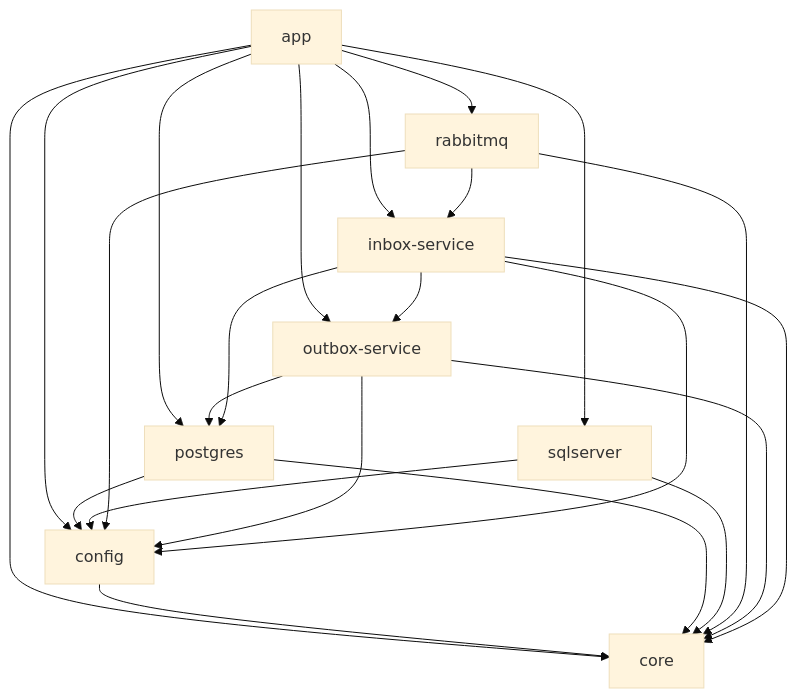
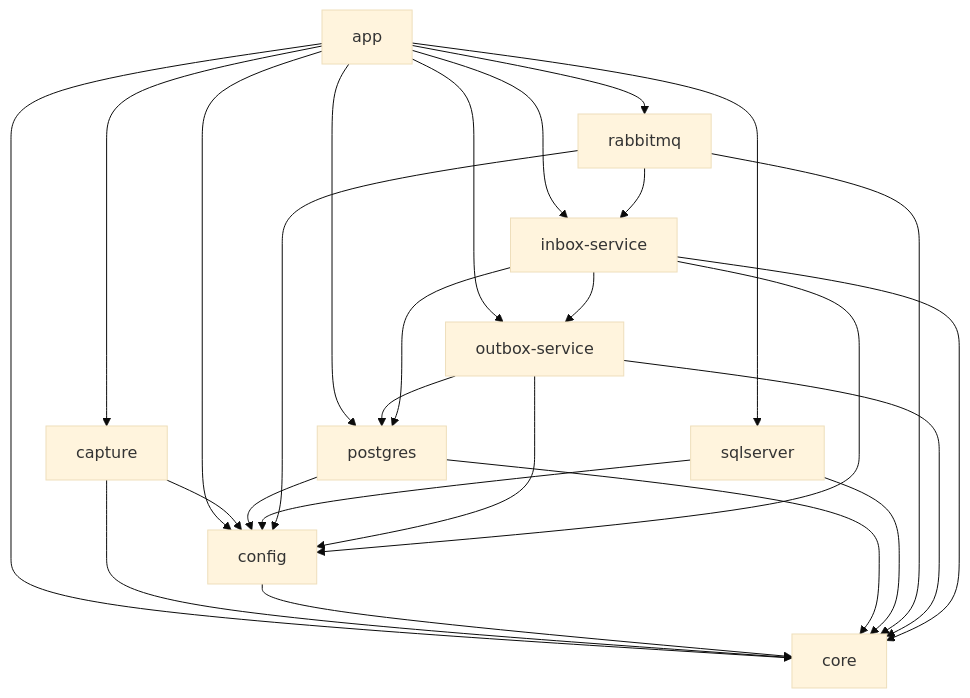
The first of 4 diagrams in docs/architecture.md (alternayte/queuebox), drawn with Mermaid (base theme) before and after one commit. The commit also changed other lines of this file and 27 other files, not shown here.

````diff
--- a/docs/architecture.md
+++ b/docs/architecture.md
@@ -11,25 +11,28 @@
 ```mermaid
 graph TD
     app --> core
     app --> config
     app --> postgres
     app --> sqlserver
     app --> rabbitmq
     app --> outbox-service
     app --> inbox-service
+    app --> capture
+    capture --> core
+    capture --> config
     config --> core
     postgres --> core
     postgres --> config
     sqlserver --> core
     sqlserver --> config
     rabbitmq --> core
     rabbitmq --> config
     rabbitmq --> inbox-service
     outbox-service --> core
     outbox-service --> config
     outbox-service --> postgres
     inbox-service --> core
     inbox-service --> config
     inbox-service --> postgres
     inbox-service --> outbox-service
 ```
````
